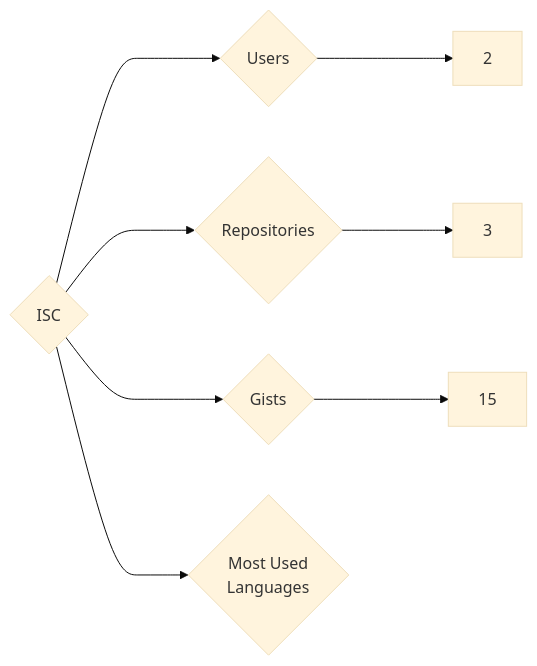
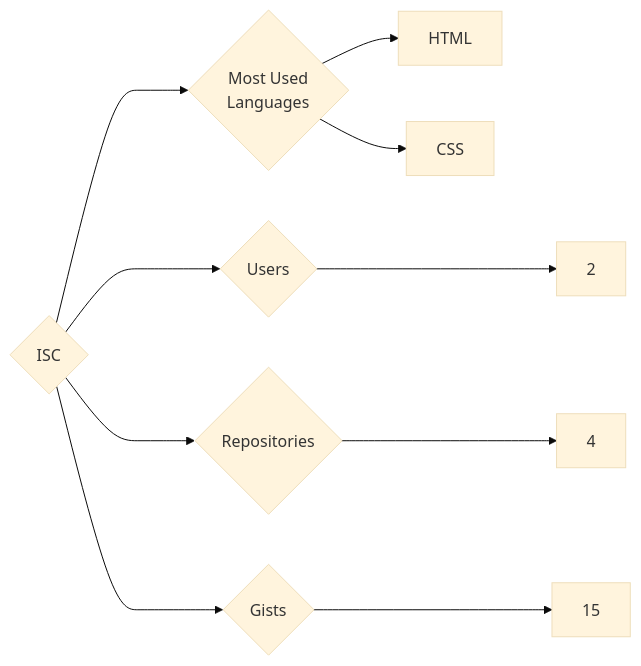
One commit to trickest/insiders changed the diagram in targets/ISC/README.md. Above: the diagram before and after it, drawn with Mermaid (base theme). The commit also changed 870 other files, not shown here.

````diff
--- a/targets/ISC/README.md
+++ b/targets/ISC/README.md
@@ -3,8 +3,10 @@
 ```mermaid
 graph LR
 COMPANY_NAME{ISC}
 COMPANY_NAME ---> U{Users} ---> UN[2]
-COMPANY_NAME ---> R{Repositories} ---> RN[3]
+COMPANY_NAME ---> R{Repositories} ---> RN[4]
 COMPANY_NAME ---> G{Gists} ---> GN[15]
 COMPANY_NAME ---> ML{Most Used<br>Languages}
+ML --> HTML[HTML]
+ML --> CSS[CSS]
 ```
````
